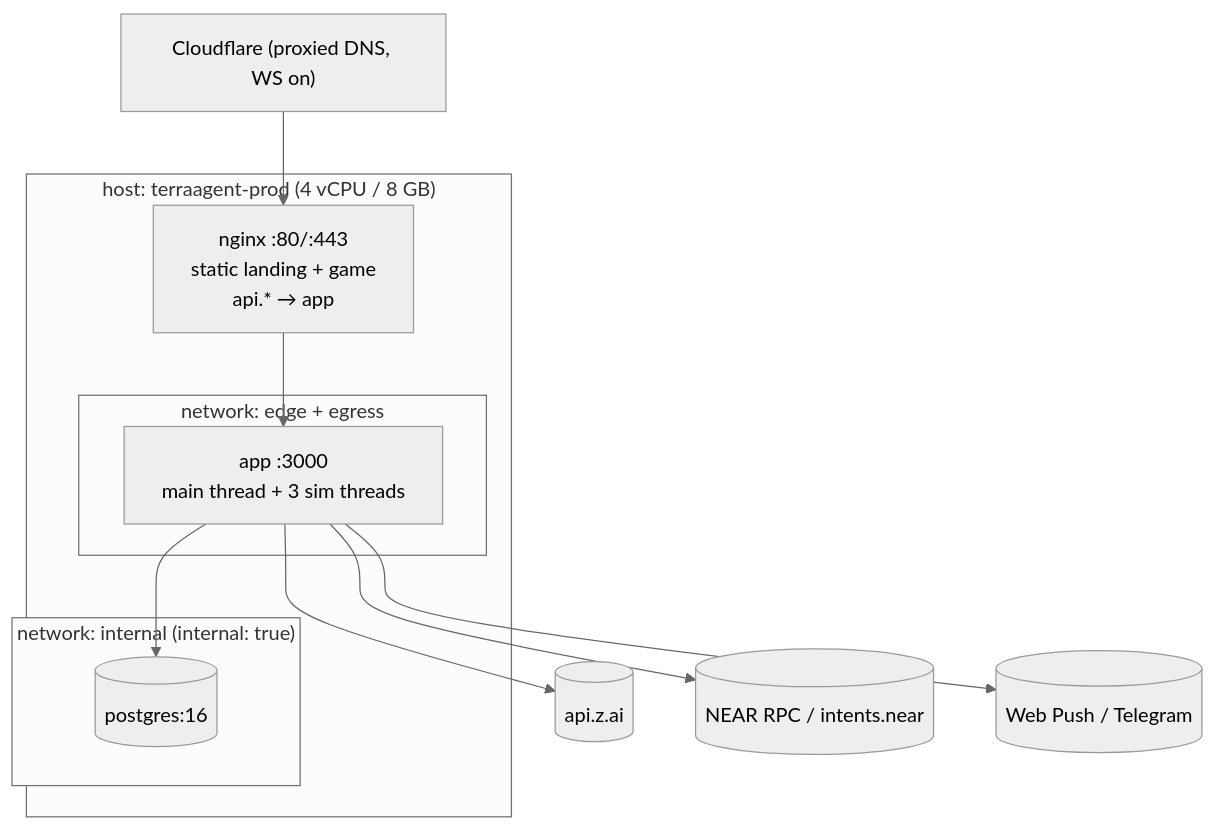
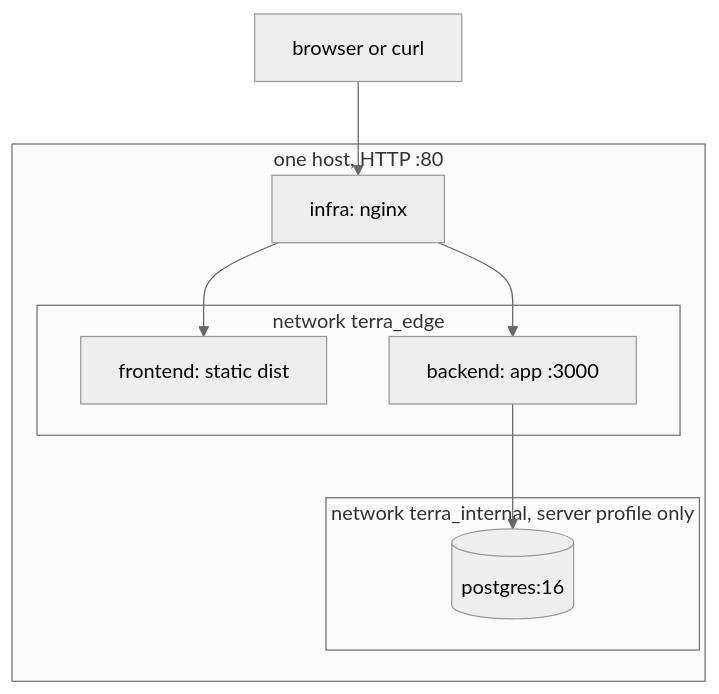
Before and after one commit to recferret-bit/terraagent: the diagram in docs/spec/DEPLOYMENT.md, drawn with Mermaid (neutral theme). The commit also changed other lines of this file and 19 other files, not shown here.

````diff
--- a/docs/spec/DEPLOYMENT.md
+++ b/docs/spec/DEPLOYMENT.md
@@ -12,18 +11,17 @@
 ```mermaid
 flowchart TB
-  CF["Cloudflare (proxied DNS, WS on)"] --> NGX
-  subgraph host["host: terraagent-prod (4 vCPU / 8 GB)"]
-    NGX["nginx :80/:443<br/>static landing + game<br/>api.* → app"]
-    subgraph edge["network: edge + egress"]
-      APP["app :3000<br/>main thread + 3 sim threads"]
+  browser["browser or curl"] --> NGX
+  subgraph host["one host, HTTP :80"]
+    NGX["infra: nginx"]
+    subgraph edge["network terra_edge"]
+      FE["frontend: static dist"]
+      APP["backend: app :3000"]
     end
-    subgraph internal["network: internal (internal: true)"]
+    subgraph internal["network terra_internal, server profile only"]
       PG[("postgres:16")]
     end
   end
+  NGX --> FE
   NGX --> APP
   APP --> PG
-  APP --> ZAI[(api.z.ai)]
-  APP --> RPC[(NEAR RPC / intents.near)]
-  APP --> PUSH[(Web Push / Telegram)]
 ```
````
